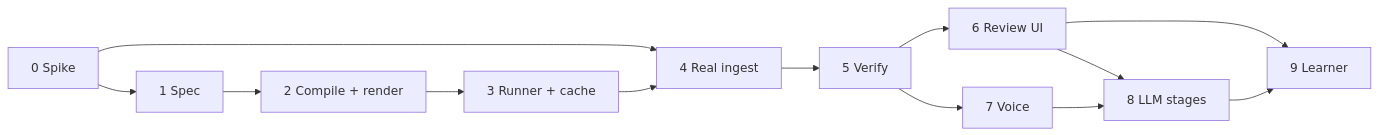
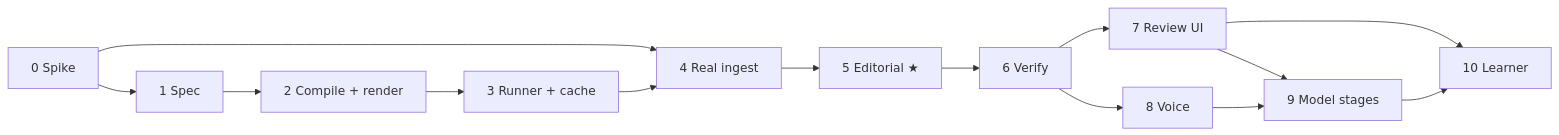
Before and after one commit to kolisachint/screencut: the diagram in docs/implementation-phases.md, drawn with Mermaid. The commit also changed other lines of this file and 1 other file, not shown here.

````diff
--- a/docs/implementation-phases.md
+++ b/docs/implementation-phases.md
@@ -291,15 +383,16 @@
 ```mermaid
 flowchart LR
     P0[0 Spike] --> P1[1 Spec]
     P1 --> P2[2 Compile + render]
     P2 --> P3[3 Runner + cache]
     P0 --> P4
     P3 --> P4[4 Real ingest]
-    P4 --> P5[5 Verify]
-    P5 --> P6[6 Review UI]
-    P5 --> P7[7 Voice]
-    P6 --> P8[8 LLM stages]
-    P7 --> P8
-    P6 --> P9[9 Learner]
+    P4 --> P5["5 Editorial ★"]
+    P5 --> P6[6 Verify]
+    P6 --> P7[7 Review UI]
+    P6 --> P8[8 Voice]
+    P7 --> P9[9 Model stages]
     P8 --> P9
+    P7 --> P10[10 Learner]
+    P9 --> P10
 ```
````
